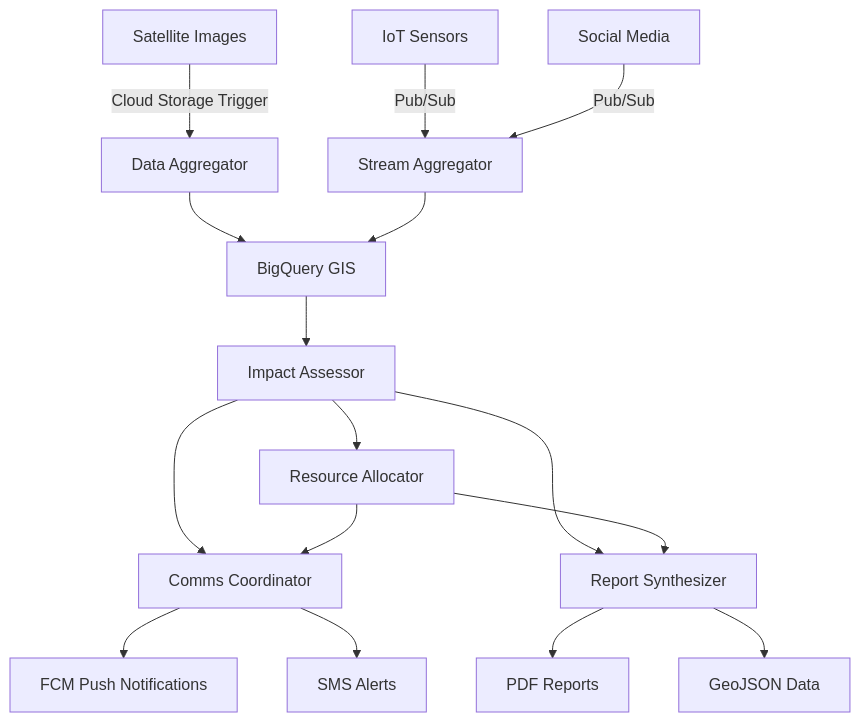
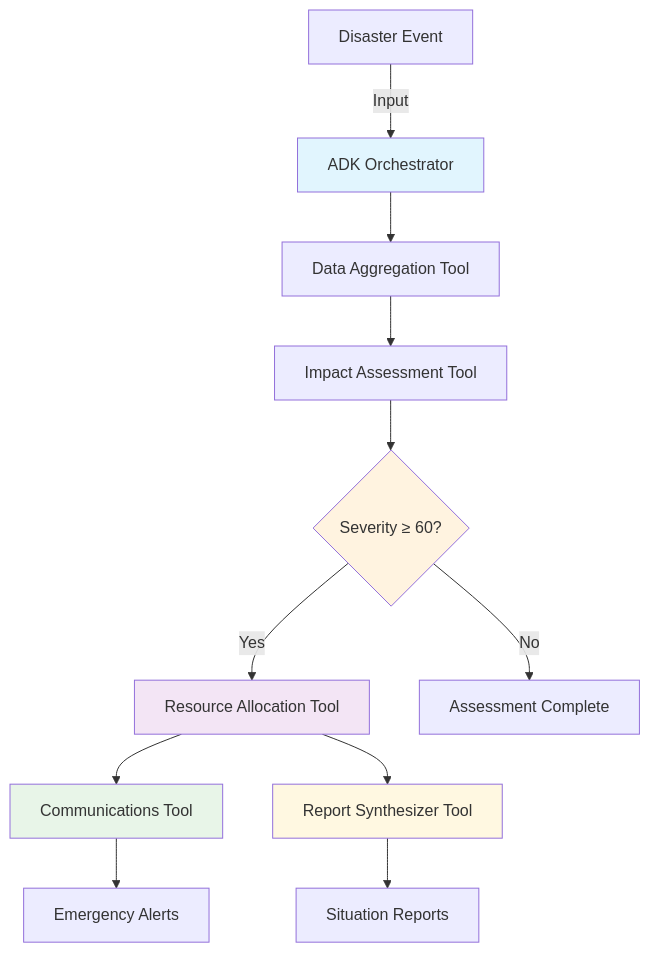
One commit to Aristide021/ResilientFlow changed the diagram in README.md. Above: the diagram before and after it, drawn with Mermaid. The commit also changed other lines of this file and 28 other files, not shown here.

Commit message:
Remove legacy microservices architecture and transition to ADK-based multi-agent system. Update README and architecture documentation to reflect new design. Add Google ADK dependency and remove outdated agent files and Dockerfiles. Enhance quick demo script for ADK demonstration.

````diff
--- a/README.md
+++ b/README.md
@@ -38,20 +47,19 @@
 ```mermaid
 graph TD
-    A[Satellite Images] -->|Cloud Storage Trigger| B[Data Aggregator]
-    C[IoT Sensors] -->|Pub/Sub| D[Stream Aggregator]
-    E[Social Media] -->|Pub/Sub| D
+    A[Disaster Event] -->|Input| B[ADK Orchestrator]
+    B --> C[Data Aggregation Tool]
+    C --> D[Impact Assessment Tool]
+    D --> E{Severity ≥ 60?}
+    E -->|Yes| F[Resource Allocation Tool]
+    E -->|No| G[Assessment Complete]
+    F --> H[Communications Tool]
+    F --> I[Report Synthesizer Tool]
+    H --> J[Emergency Alerts]
+    I --> K[Situation Reports]
     
-    B --> F[BigQuery GIS]
-    D --> F
-    F --> G[Impact Assessor]
-    G --> H[Resource Allocator]
-    G --> I[Comms Coordinator]
-    H --> I
-    G --> J[Report Synthesizer]
-    H --> J
-    
-    I --> K[FCM Push Notifications]
-    I --> L[SMS Alerts]
-    J --> M[PDF Reports]
-    J --> N[GeoJSON Data]
+    style B fill:#e1f5fe
+    style E fill:#fff3e0
+    style F fill:#f3e5f5
+    style H fill:#e8f5e8
+    style I fill:#fff8e1
 ```
````
